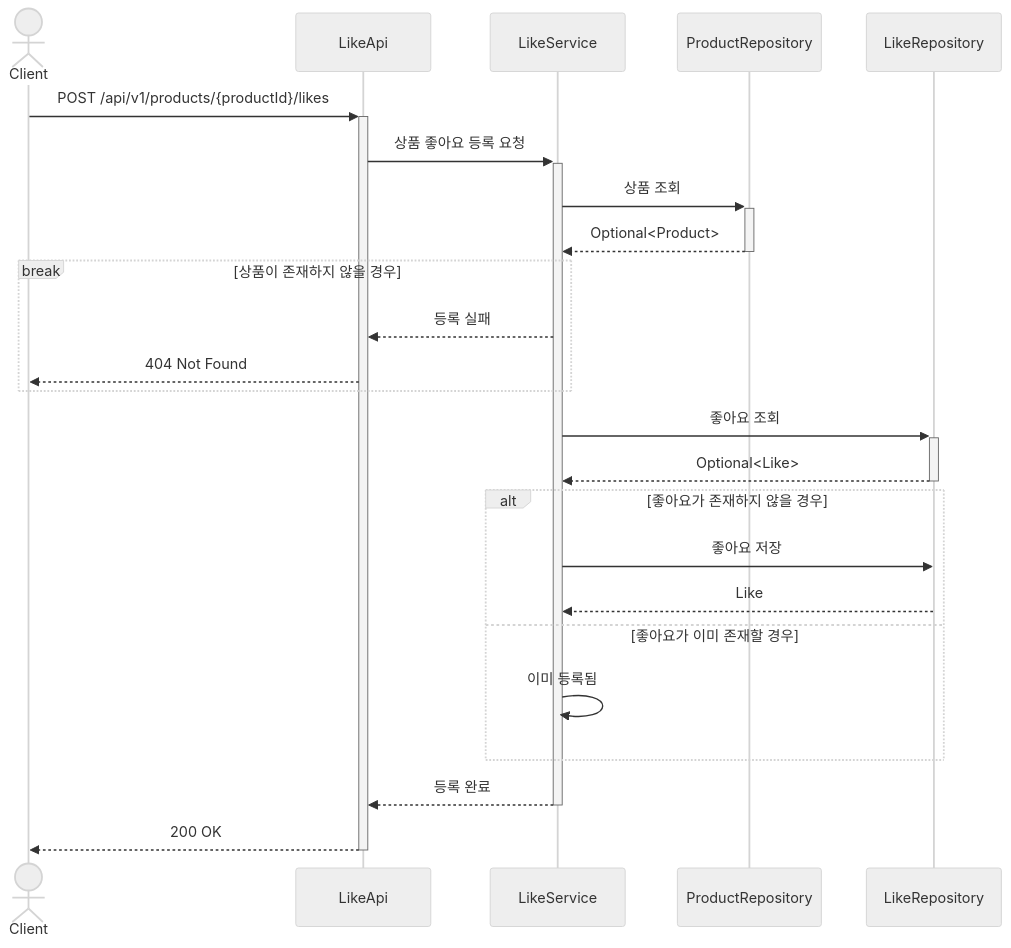
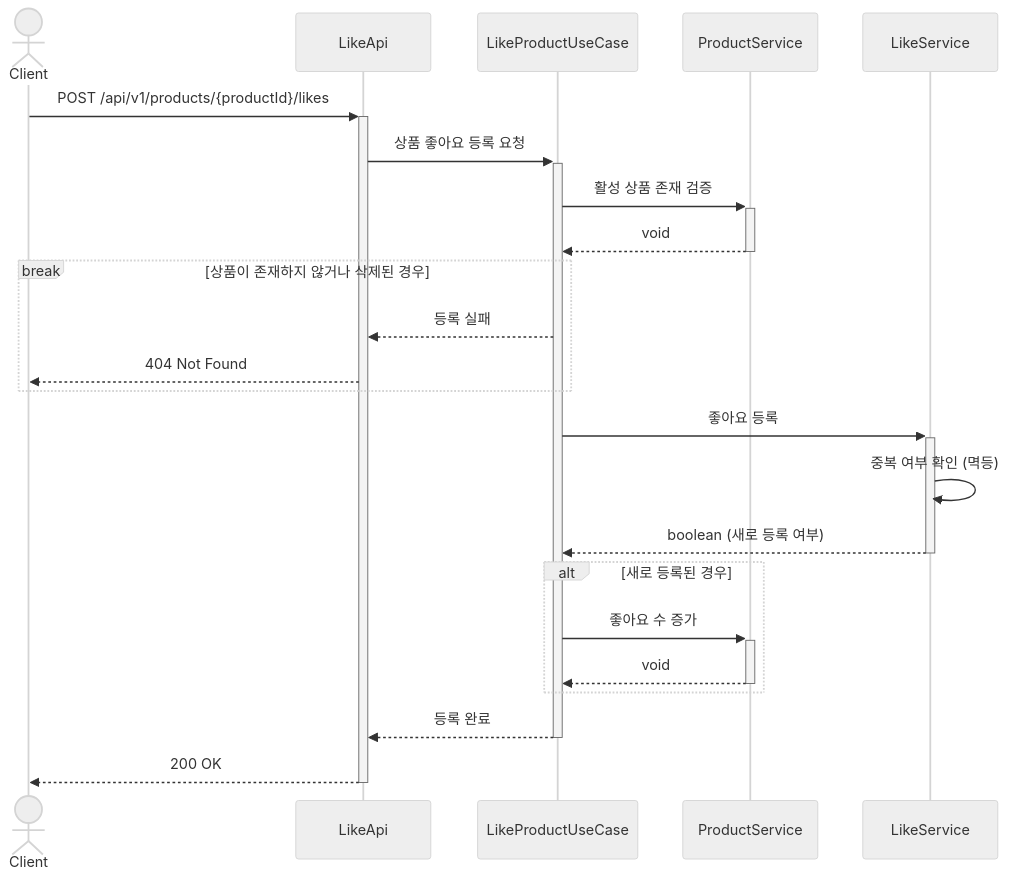
Before and after one commit to Loopers-dev-lab/loop-pack-be-l2-vol3-java: diagram 16 of 23 in .docs/design/02-sequence-diagrams.md, drawn with Mermaid (neutral theme). The commit also changed other lines of this file and 88 other files, not shown here.

````diff
--- a/.docs/design/02-sequence-diagrams.md
+++ b/.docs/design/02-sequence-diagrams.md
@@ -543,32 +575,31 @@
 ```mermaid
 sequenceDiagram
     actor Client
     participant LikeApi
+    participant LikeProductUseCase
+    participant ProductService
     participant LikeService
-    participant ProductRepository
-    participant LikeRepository
 
     Client ->>+ LikeApi: POST /api/v1/products/{productId}/likes
-    LikeApi ->>+ LikeService: 상품 좋아요 등록 요청
+    LikeApi ->>+ LikeProductUseCase: 상품 좋아요 등록 요청
 
-    LikeService ->>+ ProductRepository: 상품 조회
-    ProductRepository -->>- LikeService: Optional<Product>
+    LikeProductUseCase ->>+ ProductService: 활성 상품 존재 검증
+    ProductService -->>- LikeProductUseCase: void
 
-    break 상품이 존재하지 않을 경우
-        LikeService -->> LikeApi: 등록 실패
+    break 상품이 존재하지 않거나 삭제된 경우
+        LikeProductUseCase -->> LikeApi: 등록 실패
         LikeApi -->> Client: 404 Not Found
     end
 
-    LikeService ->>+ LikeRepository: 좋아요 조회
-    LikeRepository -->>- LikeService: Optional<Like>
+    LikeProductUseCase ->>+ LikeService: 좋아요 등록
+    LikeService ->> LikeService: 중복 여부 확인 (멱등)
+    LikeService -->>- LikeProductUseCase: boolean (새로 등록 여부)
 
-    alt 좋아요가 존재하지 않을 경우
-        LikeService ->> LikeRepository: 좋아요 저장
-        LikeRepository -->> LikeService: Like
-    else 좋아요가 이미 존재할 경우
-        LikeService ->> LikeService: 이미 등록됨
+    alt 새로 등록된 경우
+        LikeProductUseCase ->>+ ProductService: 좋아요 수 증가
+        ProductService -->>- LikeProductUseCase: void
     end
 
-    LikeService -->>- LikeApi: 등록 완료
+    LikeProductUseCase -->>- LikeApi: 등록 완료
     LikeApi -->>- Client: 200 OK
 ```
````
